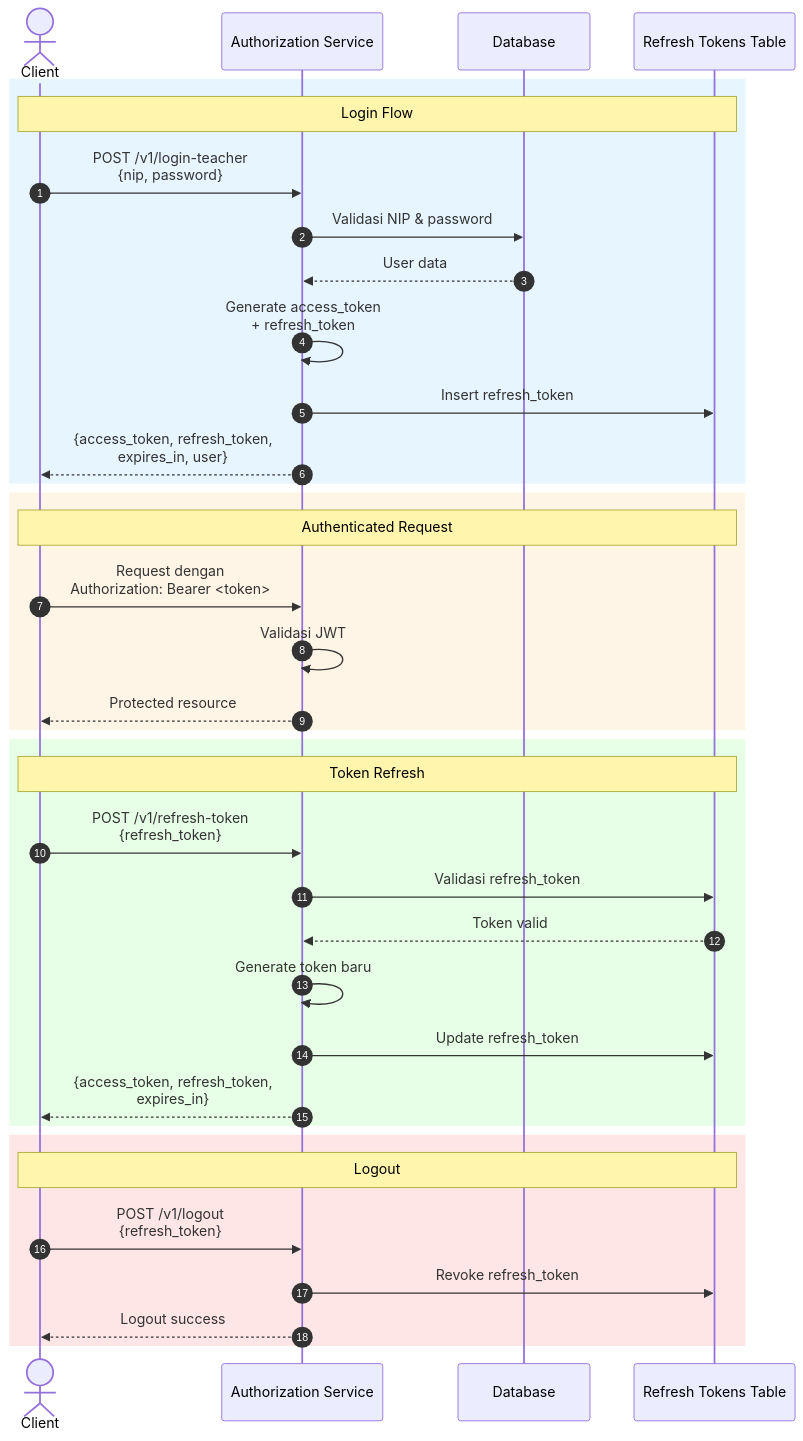
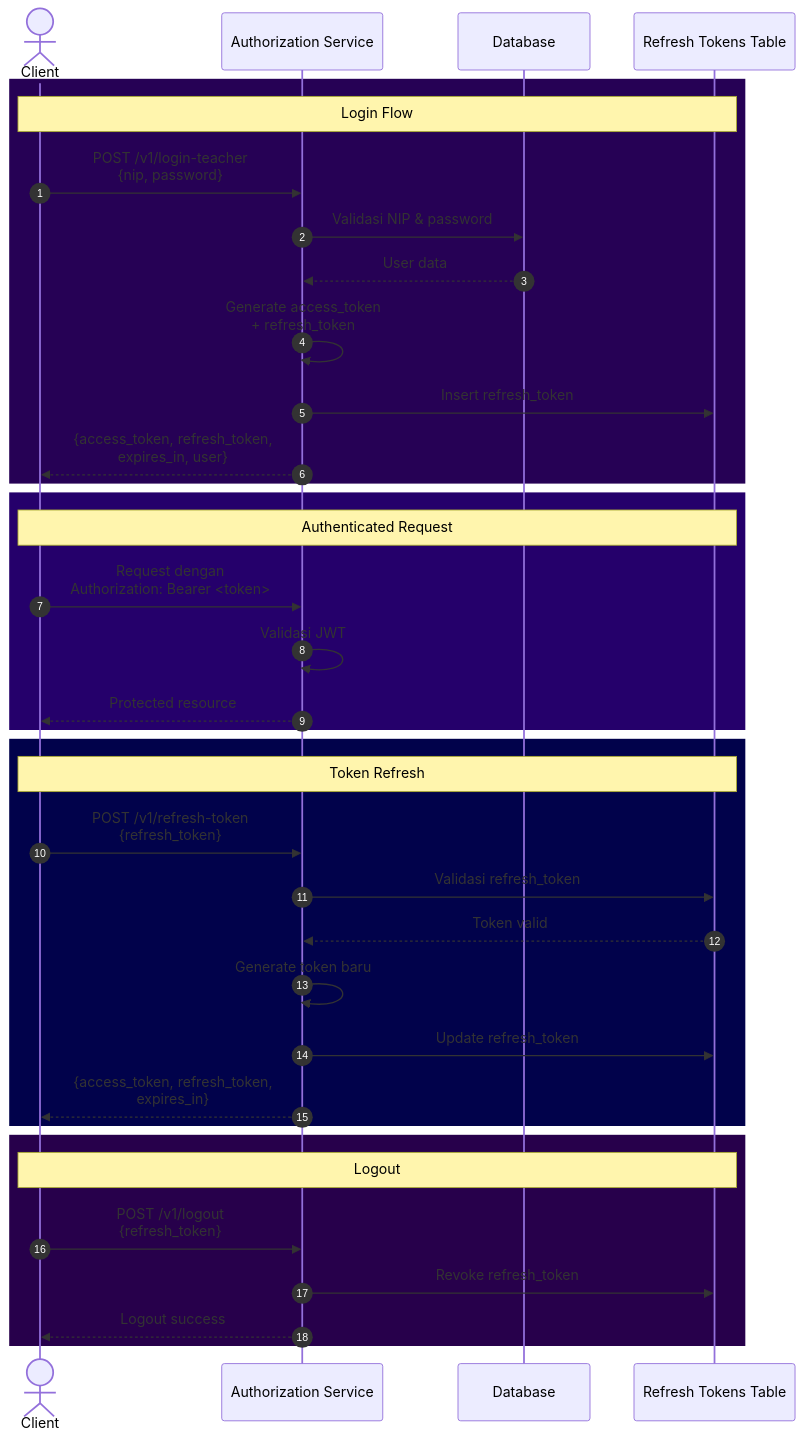
The third of 7 diagrams in README.md (codespacedev4/Documentation-Sipresi), drawn with Mermaid before and after one commit. The commit also changed other lines of this file, not shown here.

````diff
--- a/README.md
+++ b/README.md
@@ -139,46 +91,46 @@
 ```mermaid
 sequenceDiagram
     autonumber
     actor C as Client
     participant A as Authorization Service
     participant DB as Database
     participant RT as Refresh Tokens Table
 
     %% Login
-    rect rgb(230, 245, 255)
+    rect rgb(38, 1, 85)
         Note over C,RT: Login Flow
         C->>A: POST /v1/login-teacher<br/>{nip, password}
         A->>DB: Validasi NIP & password
         DB-->>A: User data
         A->>A: Generate access_token<br/>+ refresh_token
         A->>RT: Insert refresh_token
         A-->>C: {access_token, refresh_token,<br/>expires_in, user}
     end
 
     %% Authenticated Request
-    rect rgb(255, 245, 230)
+    rect rgb(37, 0, 107)
         Note over C,RT: Authenticated Request
         C->>A: Request dengan<br/>Authorization: Bearer <token>
         A->>A: Validasi JWT
         A-->>C: Protected resource
     end
 
     %% Token Refresh
-    rect rgb(230, 255, 230)
+    rect rgb(1, 2, 75)
         Note over C,RT: Token Refresh
         C->>A: POST /v1/refresh-token<br/>{refresh_token}
         A->>RT: Validasi refresh_token
         RT-->>A: Token valid
         A->>A: Generate token baru
         A->>RT: Update refresh_token
         A-->>C: {access_token, refresh_token,<br/>expires_in}
     end
 
     %% Logout
-    rect rgb(255, 230, 230)
+    rect rgb(39, 0, 75)
         Note over C,RT: Logout
         C->>A: POST /v1/logout<br/>{refresh_token}
         A->>RT: Revoke refresh_token
         A-->>C: Logout success
     end
 ```
````
